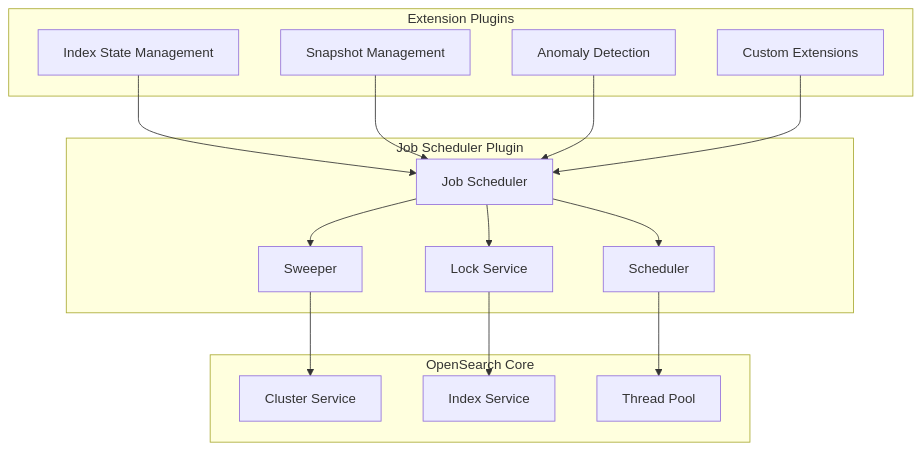
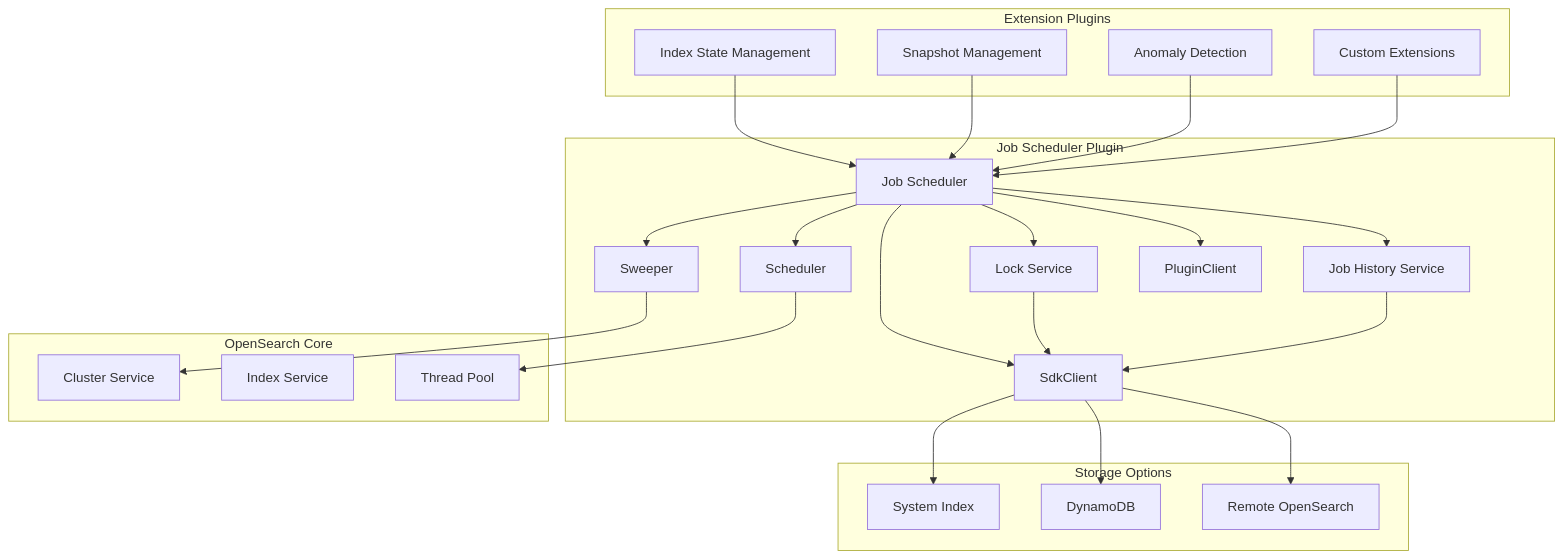
Before and after one commit to tkykenmt/opensearch-feature-explorer: the first of 2 diagrams in docs/features/job-scheduler/job-scheduler.md, drawn with Mermaid. The commit also changed other lines of this file and 2 other files, not shown here.

Commit message:
docs: add Job Scheduler Enhancements report for v3.3.0 (#1600)

````diff
--- a/docs/features/job-scheduler/job-scheduler.md
+++ b/docs/features/job-scheduler/job-scheduler.md
@@ -11,35 +11,52 @@
 ```mermaid
 graph TB
     subgraph "Job Scheduler Plugin"
         JS[Job Scheduler]
         SW[Sweeper]
         SCH[Scheduler]
         LK[Lock Service]
+        JHS[Job History Service]
+        PC[PluginClient]
+        SDK[SdkClient]
     end
     
     subgraph "Extension Plugins"
         ISM[Index State Management]
         SM[Snapshot Management]
         AD[Anomaly Detection]
         EXT[Custom Extensions]
     end
     
     subgraph "OpenSearch Core"
         CL[Cluster Service]
         IDX[Index Service]
         TP[Thread Pool]
     end
     
+    subgraph "Storage Options"
+        SYS[System Index]
+        DDB[DynamoDB]
+        ROS[Remote OpenSearch]
+    end
+    
     JS --> SW
     JS --> SCH
     JS --> LK
+    JS --> JHS
+    JS --> PC
+    JS --> SDK
     
     SW --> CL
     SCH --> TP
-    LK --> IDX
+    LK --> SDK
+    JHS --> SDK
+    
+    SDK --> SYS
+    SDK --> DDB
+    SDK --> ROS
     
     ISM --> JS
     SM --> JS
     AD --> JS
     EXT --> JS
 ```
````
